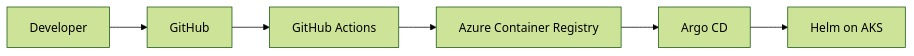
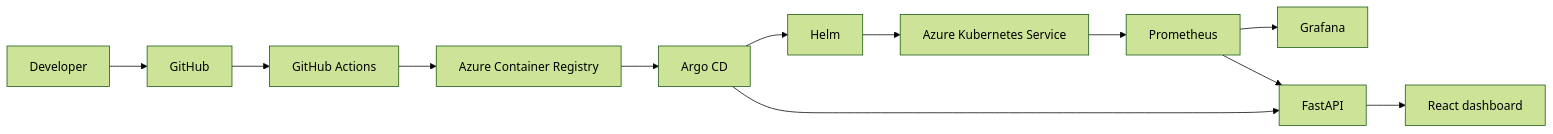
One commit to Corrupt-God7/Azure-Gitops-Deployment-Dashboard changed the diagram in README.md. Above: the diagram before and after it, drawn with Mermaid (forest theme). The commit also changed other lines of this file and 4 other files, not shown here.

````diff
--- a/README.md
+++ b/README.md
@@ -20,8 +39,14 @@
 ```mermaid
 flowchart LR
-    A[Developer] --> B[GitHub]
-    B --> C[GitHub Actions]
-    C --> D[Azure Container Registry]
-    D --> E[Argo CD]
-    E --> F[Helm on AKS]
+    DEV[Developer] --> GH[GitHub]
+    GH --> CI[GitHub Actions]
+    CI --> ACR[Azure Container Registry]
+    ACR --> ARGO[Argo CD]
+    ARGO --> HELM[Helm]
+    HELM --> AKS[Azure Kubernetes Service]
+    AKS --> PROM[Prometheus]
+    PROM --> GRAF[Grafana]
+    ARGO --> API[FastAPI]
+    PROM --> API
+    API --> UI[React dashboard]
 ```
````
